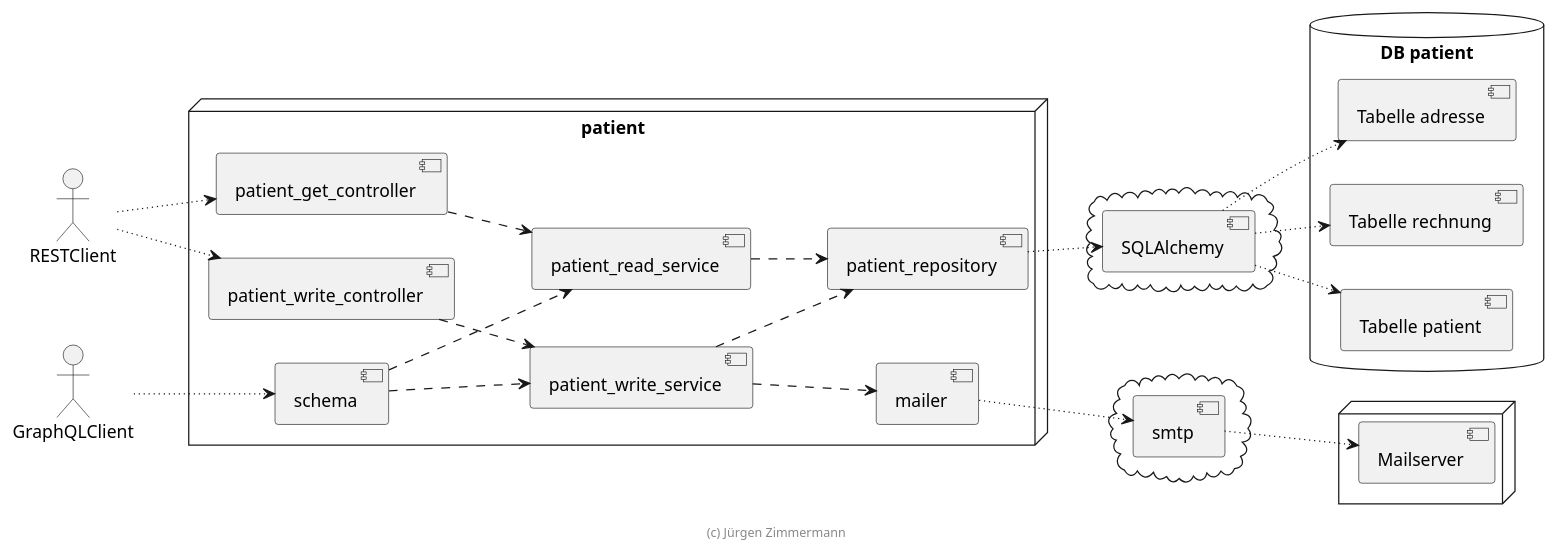
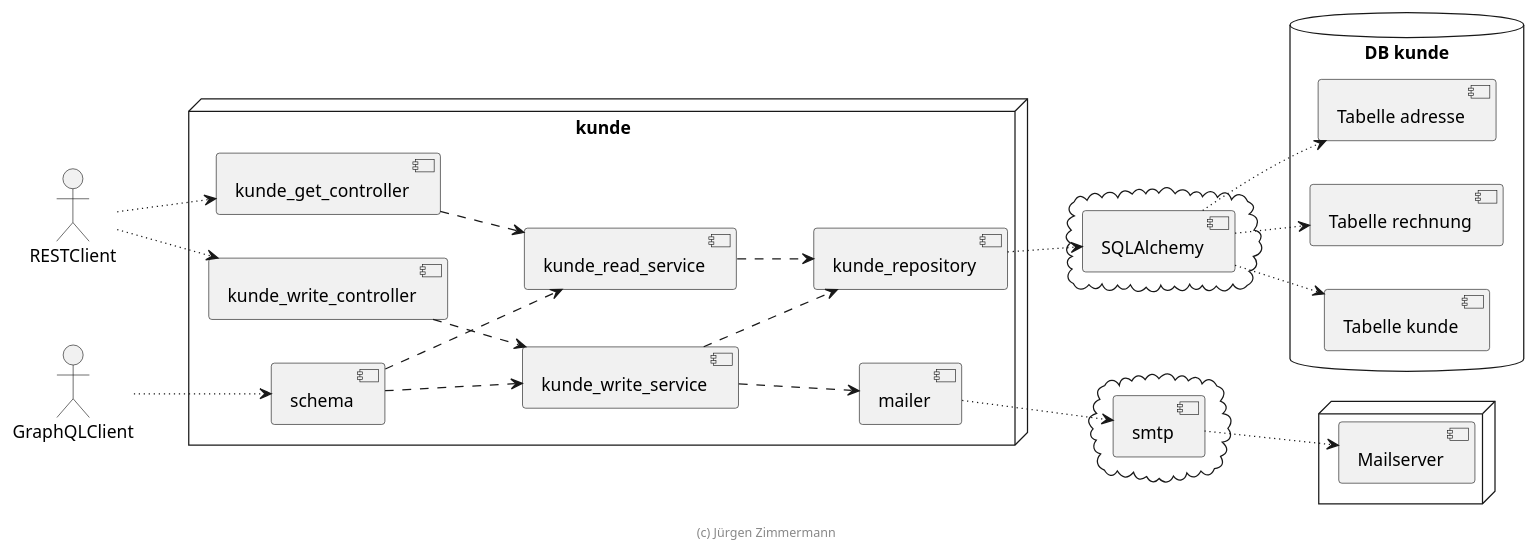
The diagram in docs/diagramme/src/komponenten.plantuml (leonjungkind-cmyk/SWE_Abgabe_1), drawn with PlantUML before and after one commit. The commit also changed 119 other files, not shown here.

```diff
--- a/docs/diagramme/src/komponenten.plantuml
+++ b/docs/diagramme/src/komponenten.plantuml
@@ -18,62 +18,62 @@
 @startuml Komponenten
 
 left to right direction
 
 actor RESTClient
 actor GraphQLClient
 
-node "patient" {
-  [patient_get_controller]
-  [patient_write_controller]
+node "kunde" {
+  [kunde_get_controller]
+  [kunde_write_controller]
   [schema]
 
-  [patient_read_service]
-  [patient_write_service]
+  [kunde_read_service]
+  [kunde_write_service]
 
-  [patient_repository]
+  [kunde_repository]
 
   [mailer]
 }
 
 
 cloud {
     [SQLAlchemy]
 }
 
 cloud {
     [smtp]
 }
 
-database "DB patient" {
-    [Tabelle patient]
+database "DB kunde" {
+    [Tabelle kunde]
     [Tabelle adresse]
     [Tabelle rechnung]
 }
 
 node {
     [Mailserver]
 }
 
-RESTClient ~~> [patient_get_controller]
-RESTClient ~~> [patient_write_controller]
+RESTClient ~~> [kunde_get_controller]
+RESTClient ~~> [kunde_write_controller]
 GraphQLClient ~~> [schema]
 
-[patient_get_controller] ..> [patient_read_service]
-[patient_write_controller] ..> [patient_write_service]
-[schema] ..> [patient_read_service]
-[schema] ..> [patient_write_service]
-[patient_read_service] ..> [patient_repository]
-[patient_write_service] ..> [patient_repository]
+[kunde_get_controller] ..> [kunde_read_service]
+[kunde_write_controller] ..> [kunde_write_service]
+[schema] ..> [kunde_read_service]
+[schema] ..> [kunde_write_service]
+[kunde_read_service] ..> [kunde_repository]
+[kunde_write_service] ..> [kunde_repository]
 
-[patient_repository] ~~> [SQLAlchemy]
-[SQLAlchemy] ~~> [Tabelle patient]
+[kunde_repository] ~~> [SQLAlchemy]
+[SQLAlchemy] ~~> [Tabelle kunde]
 [SQLAlchemy] ~~> [Tabelle adresse]
 [SQLAlchemy] ~~> [Tabelle rechnung]
 
-[patient_write_service] ..> [mailer]
+[kunde_write_service] ..> [mailer]
 [mailer] ~~> [smtp]
 [smtp] ~~> [Mailserver]
 
 footer (c) Jürgen Zimmermann
 
 @enduml
```
